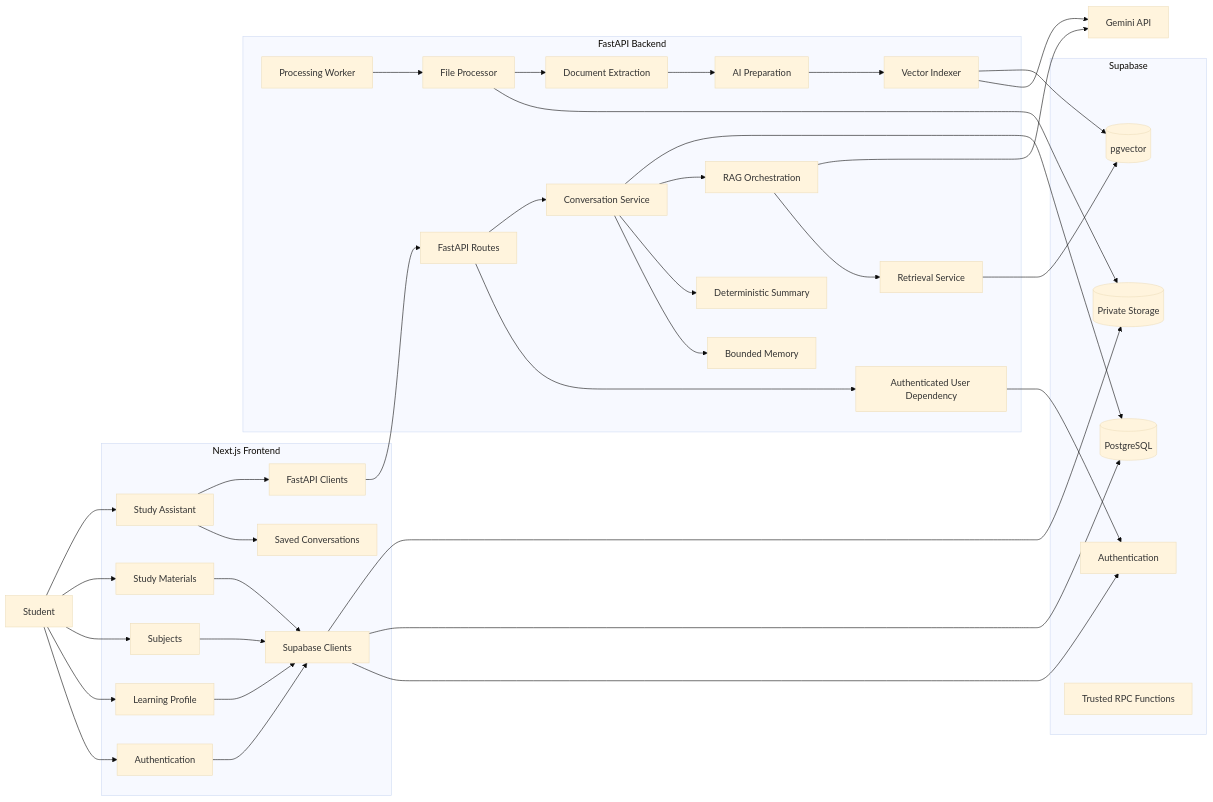
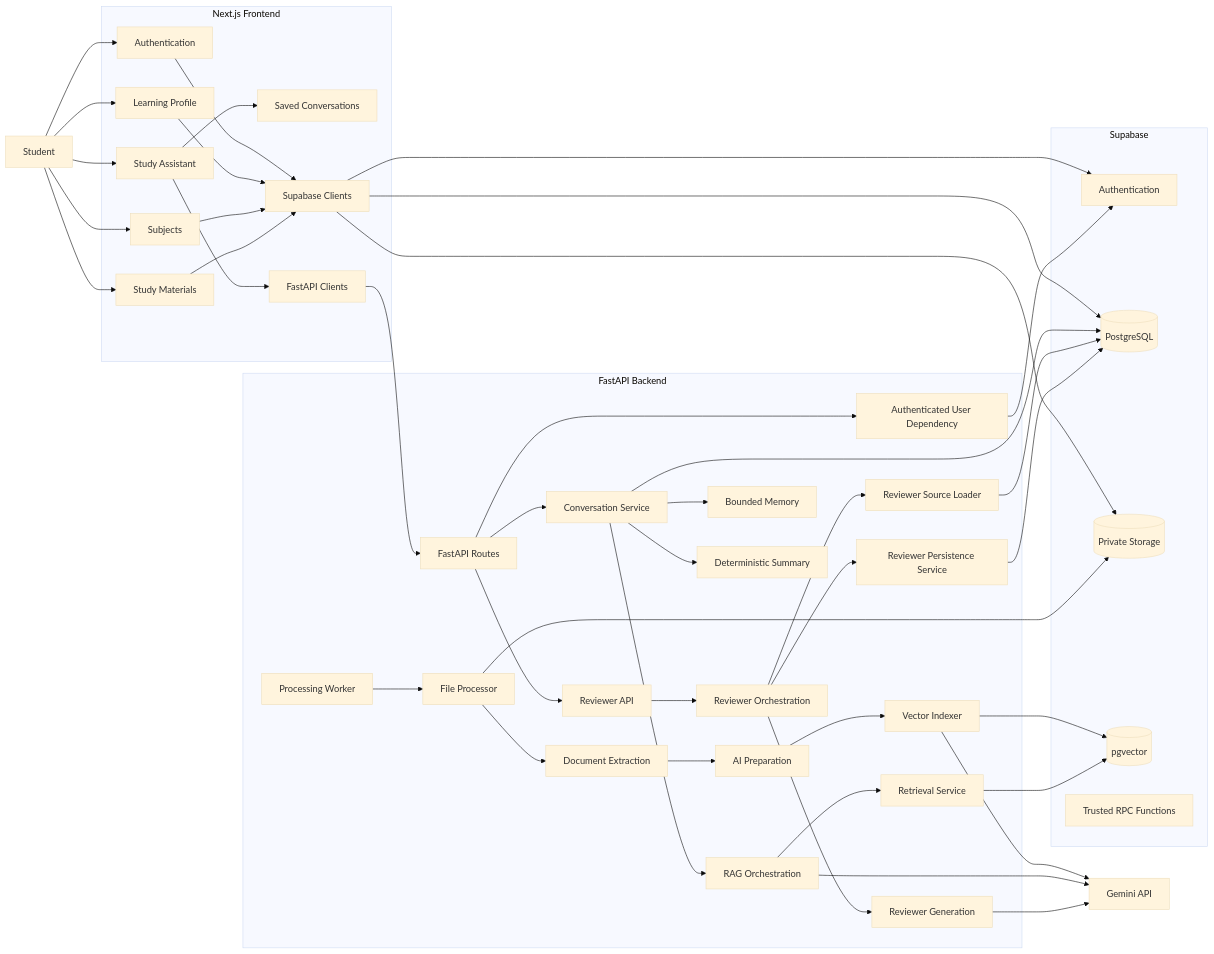
One commit to jianna-acc/stsp-capstone changed the first of 14 diagrams in docs/ARCHITECTURE.md. Above: the diagram before and after it, drawn with Mermaid (base theme). The commit also changed other lines of this file and 29 other files, not shown here.

Commit message:
feat: add reviewer generation foundation

````diff
--- a/docs/ARCHITECTURE.md
+++ b/docs/ARCHITECTURE.md
@@ -81,6 +87,11 @@
         CONVERSATION["Conversation Service"]
         MEMORY["Bounded Memory"]
         SUMMARY["Deterministic Summary"]
+        REVIEWER_API["Reviewer API"]
+        REVIEWER_ORCHESTRATION["Reviewer Orchestration"]
+        REVIEWER_SOURCE["Reviewer Source Loader"]
+        REVIEWER_GENERATION["Reviewer Generation"]
+        REVIEWER_SERVICE["Reviewer Persistence Service"]
     end
 
     subgraph SUPABASE["Supabase"]
@@ -134,4 +145,13 @@
     RAG --> GEMINI
 
     CONVERSATION --> DATABASE
+    API --> REVIEWER_API
+    REVIEWER_API --> REVIEWER_ORCHESTRATION
+    REVIEWER_ORCHESTRATION --> REVIEWER_SOURCE
+    REVIEWER_ORCHESTRATION --> REVIEWER_GENERATION
+    REVIEWER_ORCHESTRATION --> REVIEWER_SERVICE
+
+    REVIEWER_SOURCE --> DATABASE
+    REVIEWER_GENERATION --> GEMINI
+    REVIEWER_SERVICE --> DATABASE
 ```
````
